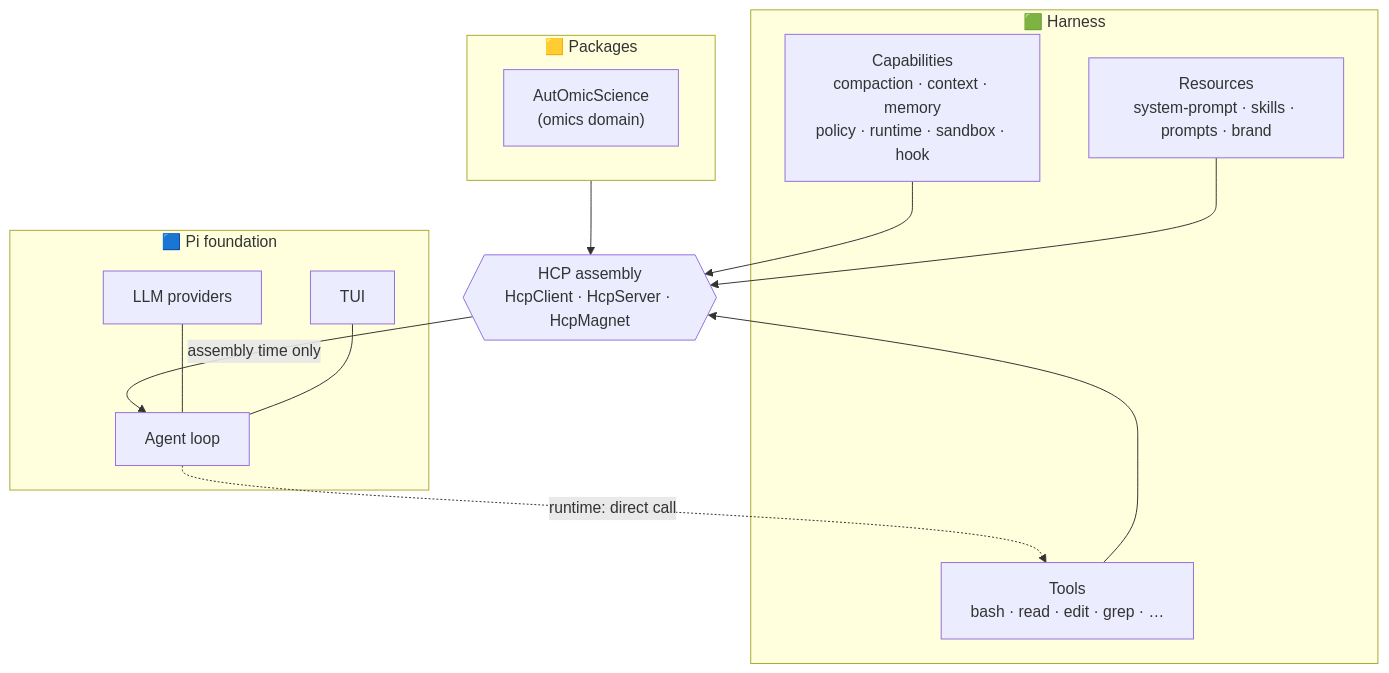
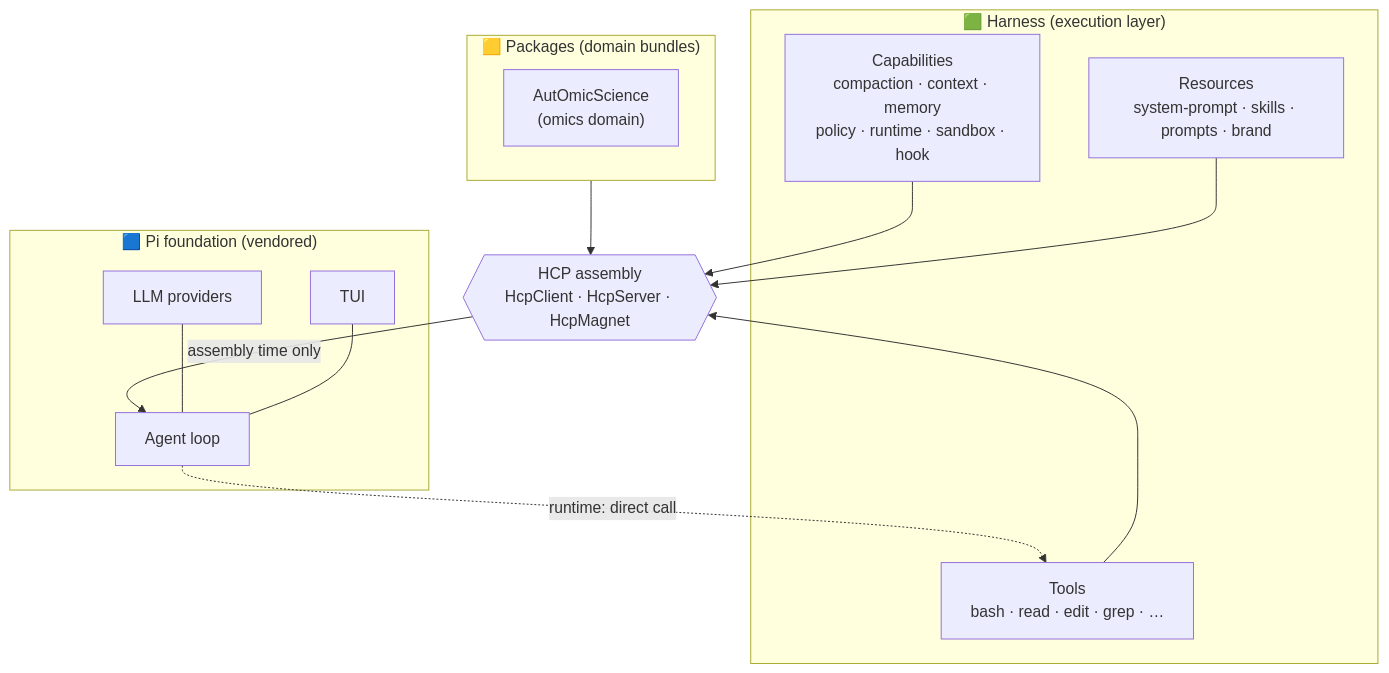
One commit to Minions-Land/Magenta changed the first of 3 diagrams in README.md. Above: the diagram before and after it, drawn with Mermaid. The commit also changed other lines of this file and 34 other files, not shown here.

````diff
--- a/README.md
+++ b/README.md
@@ -104,26 +54,26 @@
 ```mermaid
 graph TD
-    subgraph PI["🟦 Pi foundation"]
+    subgraph PI["🟦 Pi foundation (vendored)"]
         LOOP["Agent loop"]
         TUI["TUI"]
         AI["LLM providers"]
     end
-    subgraph HARNESS["🟩 Harness"]
+    subgraph HARNESS["🟩 Harness (execution layer)"]
         TOOLS["Tools<br/>bash · read · edit · grep · …"]
         CAPS["Capabilities<br/>compaction · context · memory<br/>policy · runtime · sandbox · hook"]
         RES["Resources<br/>system-prompt · skills · prompts · brand"]
     end
-    subgraph PKG["🟨 Packages"]
+    subgraph PKG["🟨 Packages (domain bundles)"]
         AOS["AutOmicScience<br/>(omics domain)"]
     end
     HCP{{"HCP assembly<br/>HcpClient · HcpServer · HcpMagnet"}}
 
     TOOLS --> HCP
     CAPS --> HCP
     RES --> HCP
     PKG --> HCP
     HCP -->|"assembly time only"| LOOP
     LOOP -.->|"runtime: direct call"| TOOLS
     AI --- LOOP
     TUI --- LOOP
 ```
````
